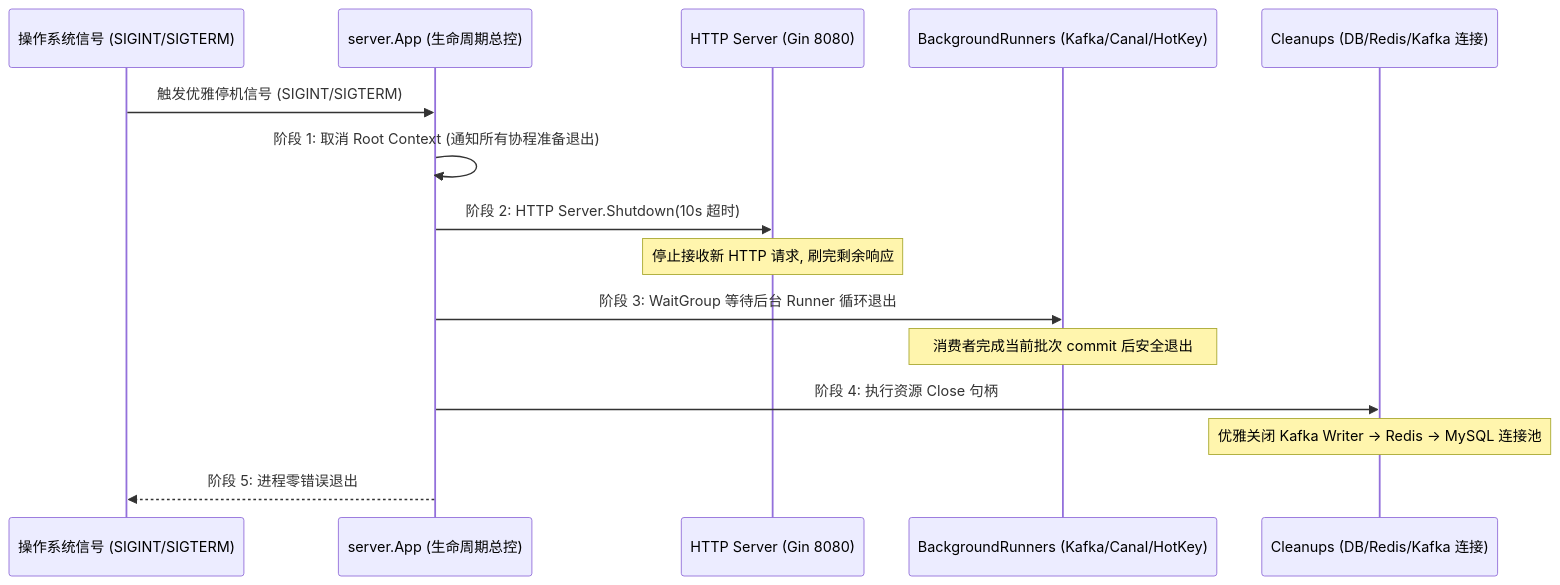
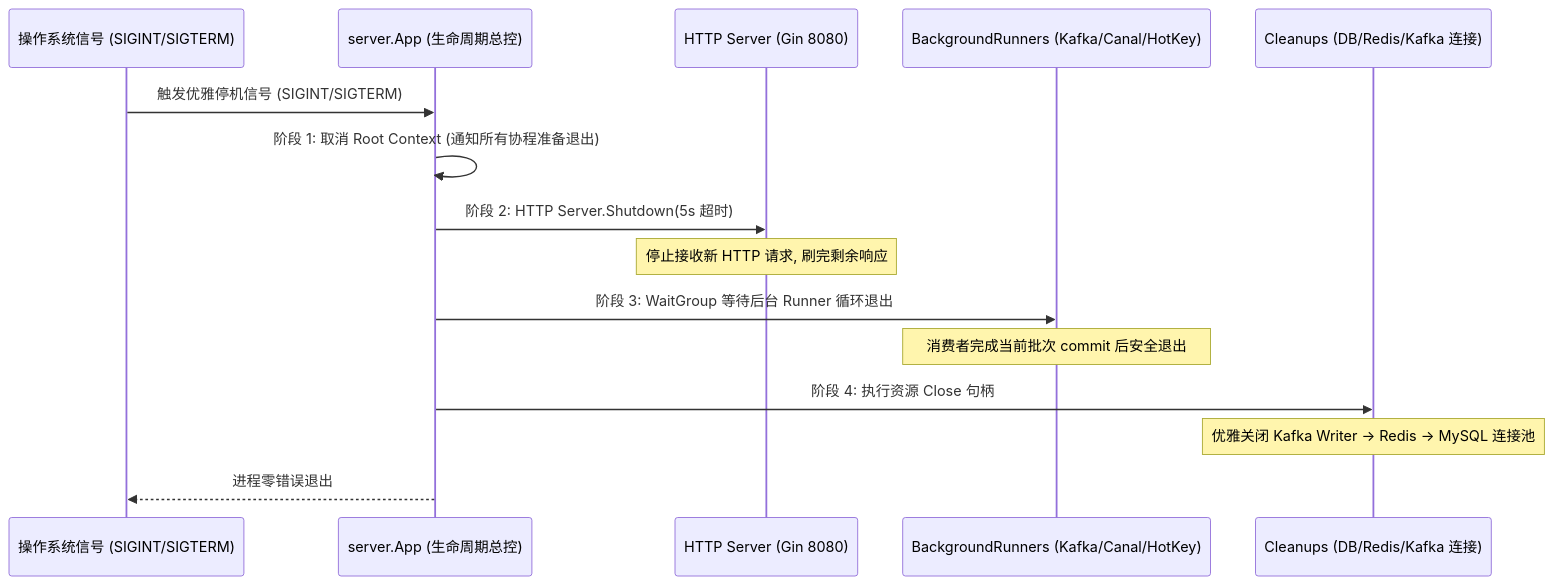
One commit to bitladykiller/zhiguang_go changed the third of 12 diagrams in docs/modules/01-启动装配与生命周期.md. Above: the diagram before and after it, drawn with Mermaid. The commit also changed other lines of this file and 19 other files, not shown here.

````diff
--- a/docs/modules/01-启动装配与生命周期.md
+++ b/docs/modules/01-启动装配与生命周期.md
@@ -117,18 +117,18 @@
 ```mermaid
 sequenceDiagram
     participant OS as 操作系统信号 (SIGINT/SIGTERM)
     participant App as server.App (生命周期总控)
     participant H as HTTP Server (Gin 8080)
     participant R as BackgroundRunners (Kafka/Canal/HotKey)
     participant Clean as Cleanups (DB/Redis/Kafka 连接)
 
     OS->>App: 触发优雅停机信号 (SIGINT/SIGTERM)
     App->>App: 阶段 1: 取消 Root Context (通知所有协程准备退出)
-    App->>H: 阶段 2: HTTP Server.Shutdown(10s 超时)
+    App->>H: 阶段 2: HTTP Server.Shutdown(5s 超时)
     Note over H: 停止接收新 HTTP 请求, 刷完剩余响应
     App->>R: 阶段 3: WaitGroup 等待后台 Runner 循环退出
     Note over R: 消费者完成当前批次 commit 后安全退出
     App->>Clean: 阶段 4: 执行资源 Close 句柄
     Note over Clean: 优雅关闭 Kafka Writer -> Redis -> MySQL 连接池
-    App-->>OS: 阶段 5: 进程零错误退出
+    App-->>OS: 进程零错误退出
 ```
````
